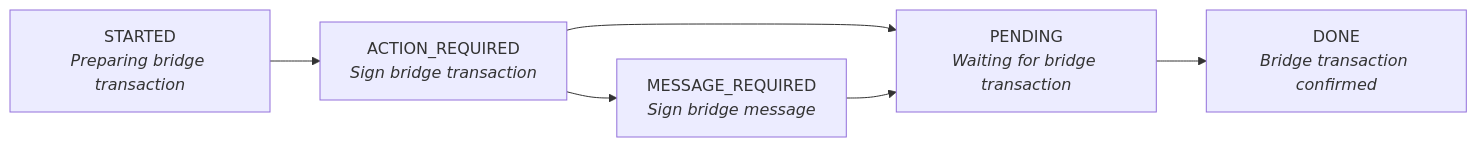
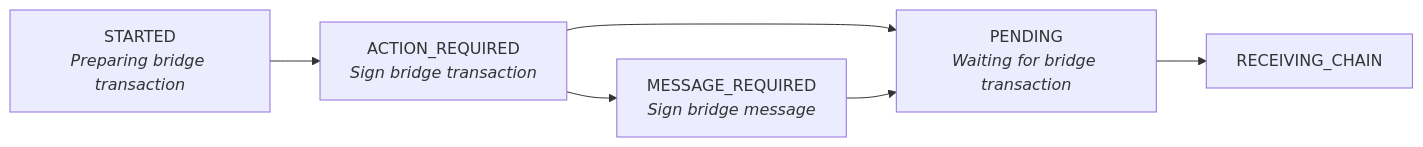
Before and after one commit to lifinance/sdk: the fifth of 6 diagrams in packages/sdk/EXECUTION_FLOW.md, drawn with Mermaid. The commit also changed other lines of this file and 24 other files, not shown here.

````diff
--- a/packages/sdk/EXECUTION_FLOW.md
+++ b/packages/sdk/EXECUTION_FLOW.md
@@ -73,8 +85,8 @@
 ```mermaid
 flowchart LR
     S[STARTED<br/><i>Preparing bridge transaction</i>] --> AR[ACTION_REQUIRED<br/><i>Sign bridge transaction</i>]
     AR --> MR[MESSAGE_REQUIRED<br/><i>Sign bridge message</i>]
     AR --> P[PENDING<br/><i>Waiting for bridge transaction</i>]
     MR --> P
-    P --> D[DONE<br/><i>Bridge transaction confirmed</i>]
+    P --> RC[RECEIVING_CHAIN]
 ```
````
